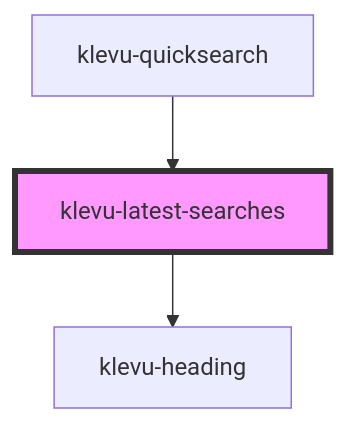
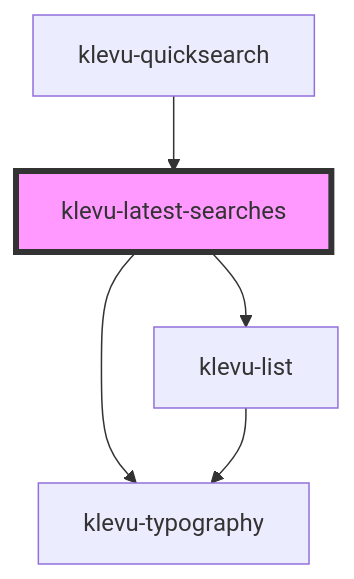
The diagram in packages/klevu-ui/src/components/klevu-latest-searches/readme.md (klevultd/frontend-sdk), drawn with Mermaid before and after one commit. The commit also changed other lines of this file and 199 other files, not shown here.

````diff
--- a/packages/klevu-ui/src/components/klevu-latest-searches/readme.md
+++ b/packages/klevu-ui/src/components/klevu-latest-searches/readme.md
@@ -31,6 +36,8 @@
 ```mermaid
 graph TD;
-  klevu-latest-searches --> klevu-heading
+  klevu-latest-searches --> klevu-typography
+  klevu-latest-searches --> klevu-list
+  klevu-list --> klevu-typography
   klevu-quicksearch --> klevu-latest-searches
   style klevu-latest-searches fill:#f9f,stroke:#333,stroke-width:4px
 ```
````
